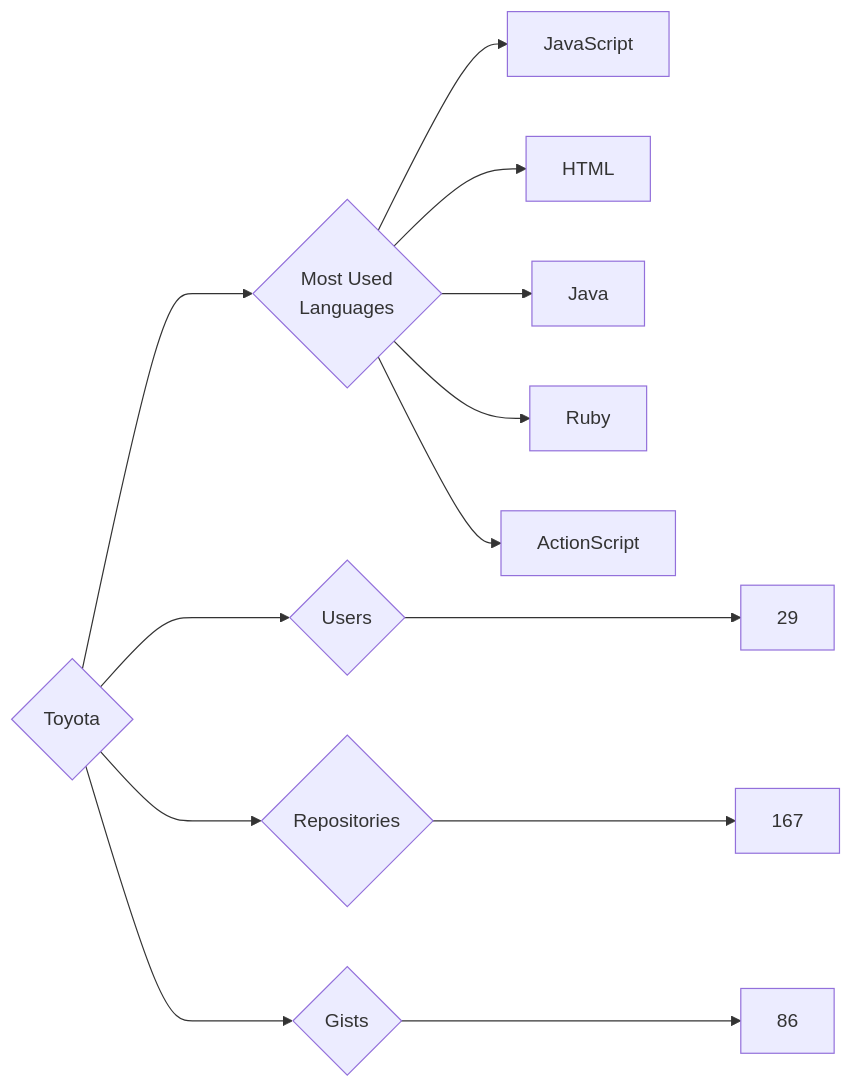
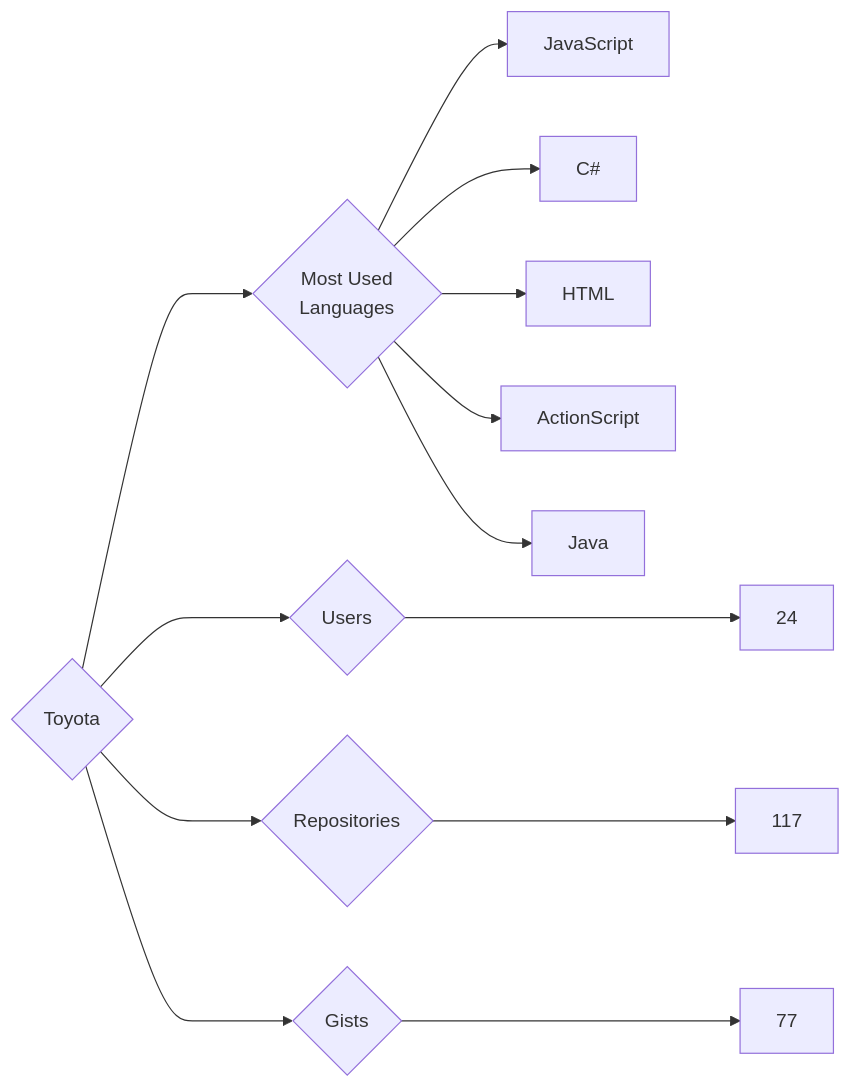
One commit to trickest/insiders changed the diagram in targets/Toyota/README.md. Above: the diagram before and after it, drawn with Mermaid. The commit also changed 912 other files, not shown here.

````diff
--- a/targets/Toyota/README.md
+++ b/targets/Toyota/README.md
@@ -3,13 +3,13 @@
 ```mermaid
 graph LR
 COMPANY_NAME{Toyota}
-COMPANY_NAME ---> U{Users} ---> UN[29]
-COMPANY_NAME ---> R{Repositories} ---> RN[167]
-COMPANY_NAME ---> G{Gists} ---> GN[86]
+COMPANY_NAME ---> U{Users} ---> UN[24]
+COMPANY_NAME ---> R{Repositories} ---> RN[117]
+COMPANY_NAME ---> G{Gists} ---> GN[77]
 COMPANY_NAME ---> ML{Most Used<br>Languages}
 ML --> JavaScript[JavaScript]
+ML --> C#[C#]
 ML --> HTML[HTML]
+ML --> ActionScript[ActionScript]
 ML --> Java[Java]
-ML --> Ruby[Ruby]
-ML --> ActionScript[ActionScript]
 ```
````
